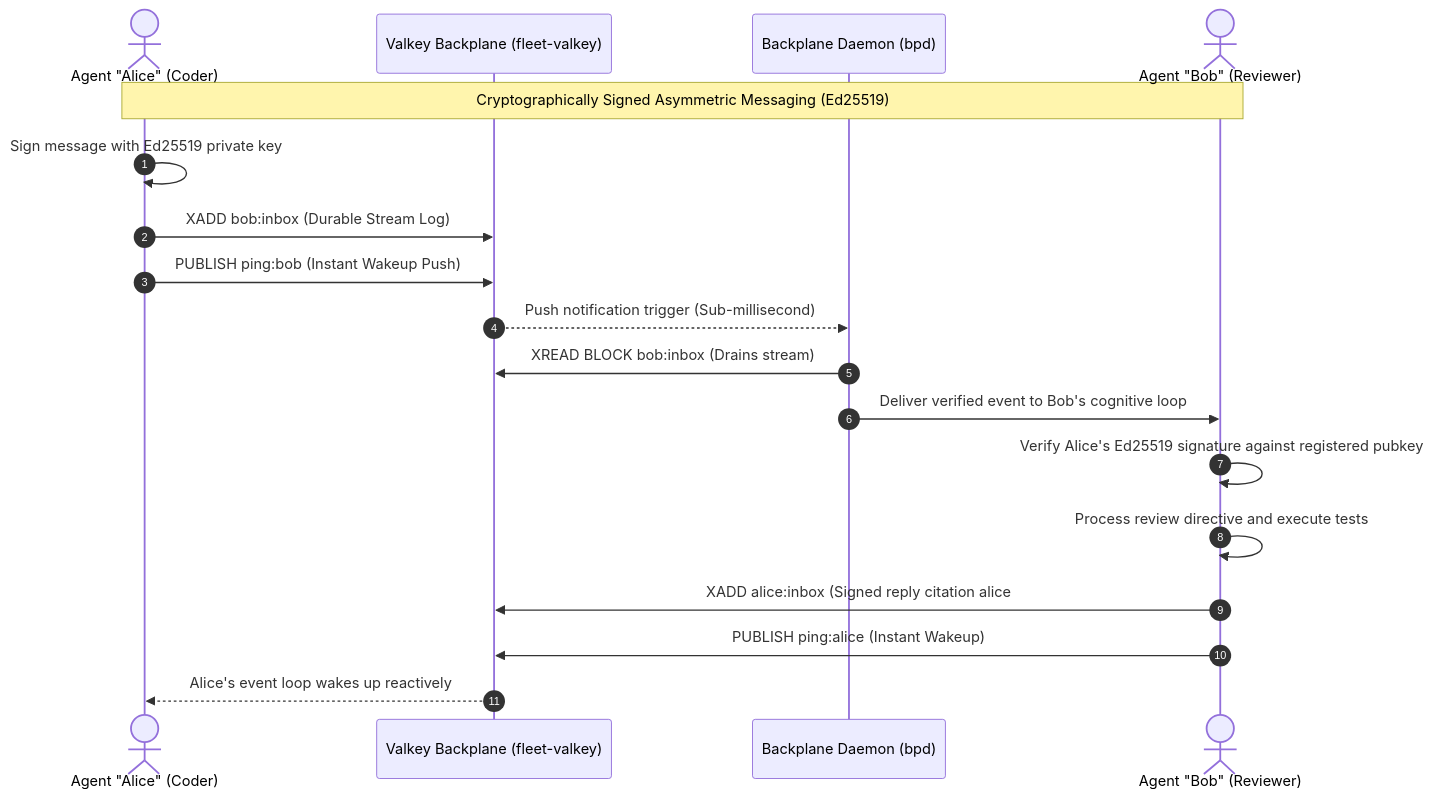
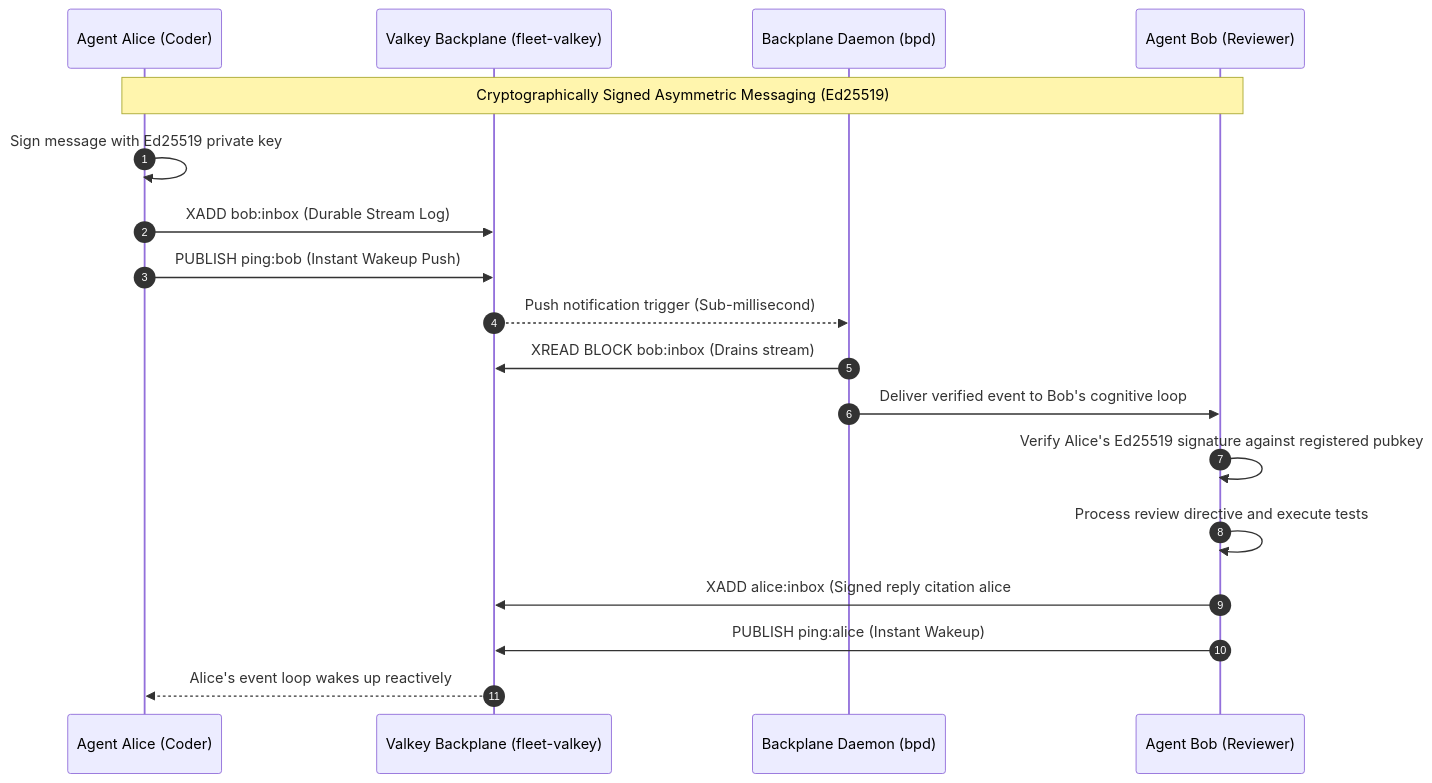
Before and after one commit to boggycreek/fleet: the fourth of 5 diagrams in doc/infographics/fleet-architecture-overview.md, drawn with Mermaid. The commit also changed other lines of this file, not shown here.

Commit message:
fix(docs): resolve Mermaid syntax errors in visual architecture infographic

````diff
--- a/doc/infographics/fleet-architecture-overview.md
+++ b/doc/infographics/fleet-architecture-overview.md
@@ -168,23 +143,23 @@
 ```mermaid
 sequenceDiagram
     autonumber
-    actor Alice as Agent "Alice" (Coder)
+    participant Alice as Agent Alice (Coder)
     participant Bus as Valkey Backplane (fleet-valkey)
     participant BPD as Backplane Daemon (bpd)
-    actor Bob as Agent "Bob" (Reviewer)
+    participant Bob as Agent Bob (Reviewer)
 
     Note over Alice,Bob: Cryptographically Signed Asymmetric Messaging (Ed25519)
     Alice->>Alice: Sign message with Ed25519 private key
     Alice->>Bus: XADD bob:inbox (Durable Stream Log)
     Alice->>Bus: PUBLISH ping:bob (Instant Wakeup Push)
     
     Bus-->>BPD: Push notification trigger (Sub-millisecond)
     BPD->>Bus: XREAD BLOCK bob:inbox (Drains stream)
     BPD->>Bob: Deliver verified event to Bob's cognitive loop
     
     Bob->>Bob: Verify Alice's Ed25519 signature against registered pubkey
     Bob->>Bob: Process review directive and execute tests
     Bob->>Bus: XADD alice:inbox (Signed reply citation alice#42)
     Bob->>Bus: PUBLISH ping:alice (Instant Wakeup)
     Bus-->>Alice: Alice's event loop wakes up reactively
 ```
````
